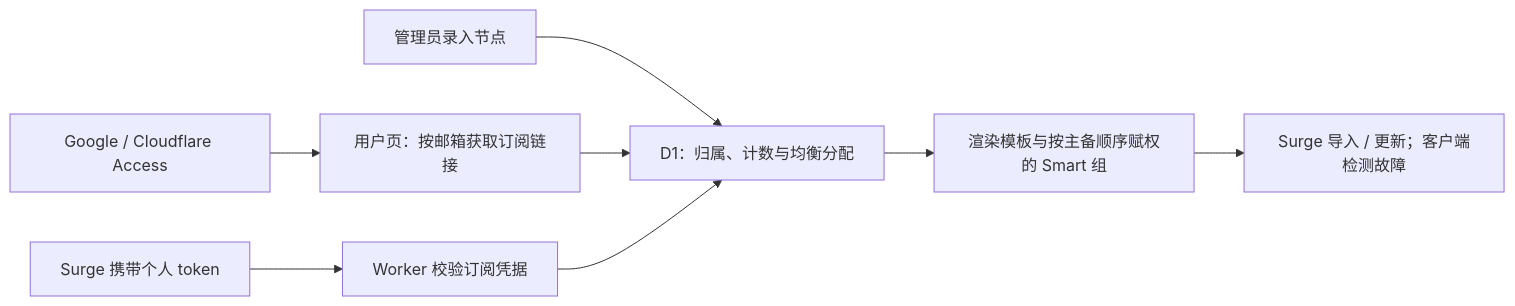
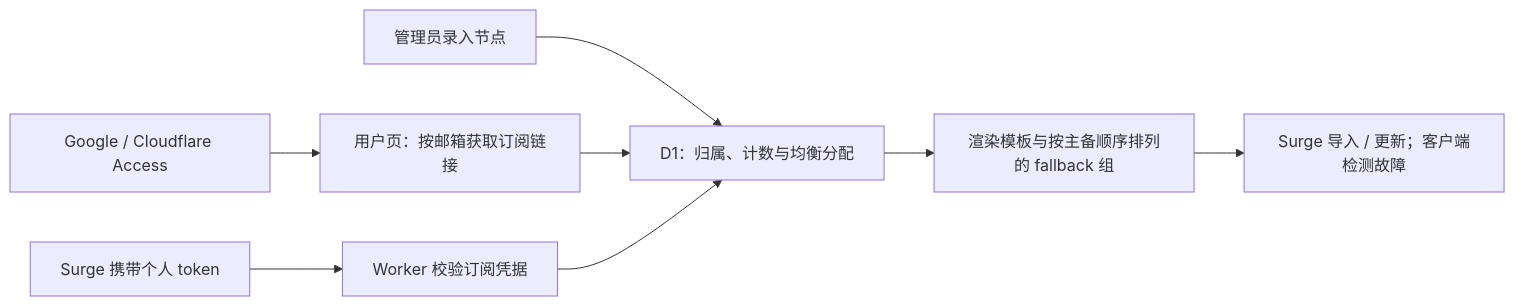
The diagram in README.md (jarieshan/AtlasRouter), drawn with Mermaid before and after one commit. The commit also changed other lines of this file and 9 other files, not shown here.

````diff
--- a/README.md
+++ b/README.md
@@ -34,10 +34,10 @@
 ```mermaid
 flowchart LR
   A["Google / Cloudflare Access"] --> B["用户页：按邮箱获取订阅链接"]
   C["管理员录入节点"] --> D["D1：归属、计数与均衡分配"]
   B --> D
   E["Surge 携带个人 token"] --> F["Worker 校验订阅凭据"]
   F --> D
-  D --> G["渲染模板与按主备顺序赋权的 Smart 组"]
+  D --> G["渲染模板与按主备顺序排列的 fallback 组"]
   G --> H["Surge 导入 / 更新；客户端检测故障"]
 ```
````
